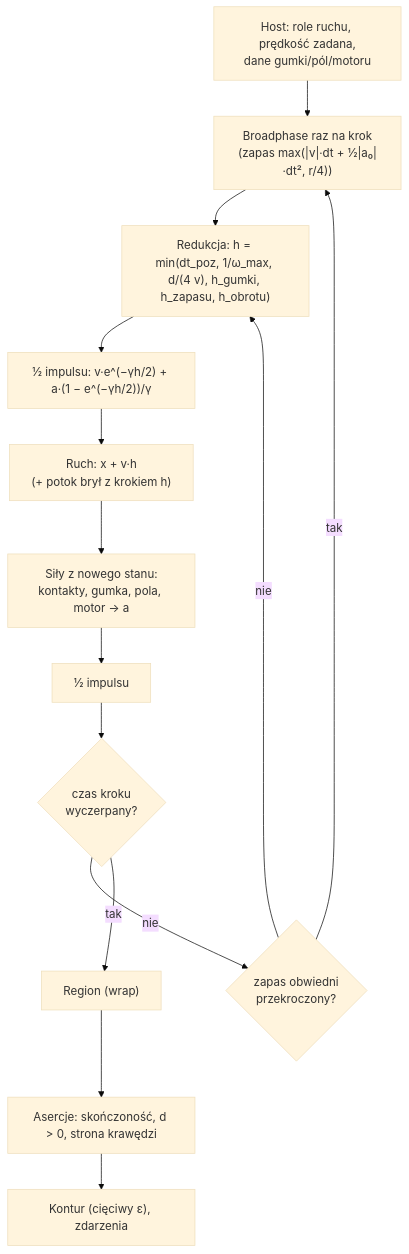
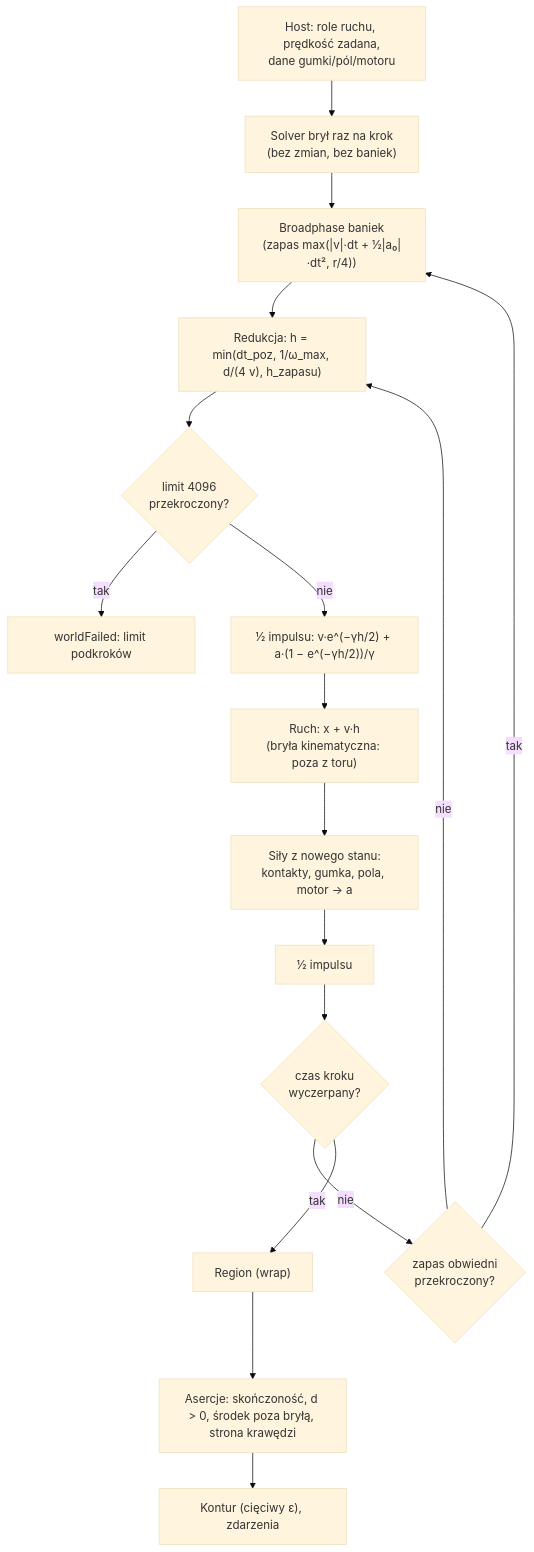
One commit to MariuszAdamowicz/BubblePhysics changed the third of 3 diagrams in docs/sdlc/changes/2026-11-23-engine-4-0-0/change-design.md. Above: the diagram before and after it, drawn with Mermaid (base theme). The commit also changed other lines of this file, not shown here.

First line of the commit message:
docs(change-design): odchudzenie — bryły ruchome poza podkrokami, limit podkroków, próg gumki w stagerze, testy w zakresie gry

````diff
--- a/docs/sdlc/changes/2026-11-23-engine-4-0-0/change-design.md
+++ b/docs/sdlc/changes/2026-11-23-engine-4-0-0/change-design.md
@@ -198,16 +263,19 @@
 ```mermaid
 flowchart TD
-  host["Host: role ruchu, prędkość zadana,<br/>dane gumki/pól/motoru"] --> bp["Broadphase raz na krok<br/>(zapas max(|v|·dt + ½|a₀|·dt², r/4))"]
-  bp --> h["Redukcja: h = min(dt_poz, 1/ω_max, d/(4 v), h_gumki, h_zapasu, h_obrotu)"]
-  h --> k1["½ impulsu: v·e^(−γh/2) + a·(1 − e^(−γh/2))/γ"]
-  k1 --> d["Ruch: x + v·h<br/>(+ potok brył z krokiem h)"]
+  host["Host: role ruchu, prędkość zadana,<br/>dane gumki/pól/motoru"] --> rig["Solver brył raz na krok<br/>(bez zmian, bez baniek)"]
+  rig --> bp["Broadphase baniek<br/>(zapas max(|v|·dt + ½|a₀|·dt², r/4))"]
+  bp --> h["Redukcja: h = min(dt_poz, 1/ω_max, d/(4 v), h_zapasu)"]
+  h --> lim{"limit 4096<br/>przekroczony?"}
+  lim -- tak --> fail["worldFailed: limit podkroków"]
+  lim -- nie --> k1["½ impulsu: v·e^(−γh/2) + a·(1 − e^(−γh/2))/γ"]
+  k1 --> d["Ruch: x + v·h<br/>(bryła kinematyczna: poza z toru)"]
   d --> f["Siły z nowego stanu:<br/>kontakty, gumka, pola, motor → a"]
   f --> k2["½ impulsu"]
   k2 --> m{"czas kroku<br/>wyczerpany?"}
   m -- nie --> rb{"zapas obwiedni<br/>przekroczony?"}
   rb -- tak --> bp
   rb -- nie --> h
   m -- tak --> reg["Region (wrap)"]
-  reg --> as["Asercje: skończoność, d > 0, strona krawędzi"]
+  reg --> as["Asercje: skończoność, d > 0, środek poza bryłą, strona krawędzi"]
   as --> out["Kontur (cięciwy ε), zdarzenia"]
 ```
````
